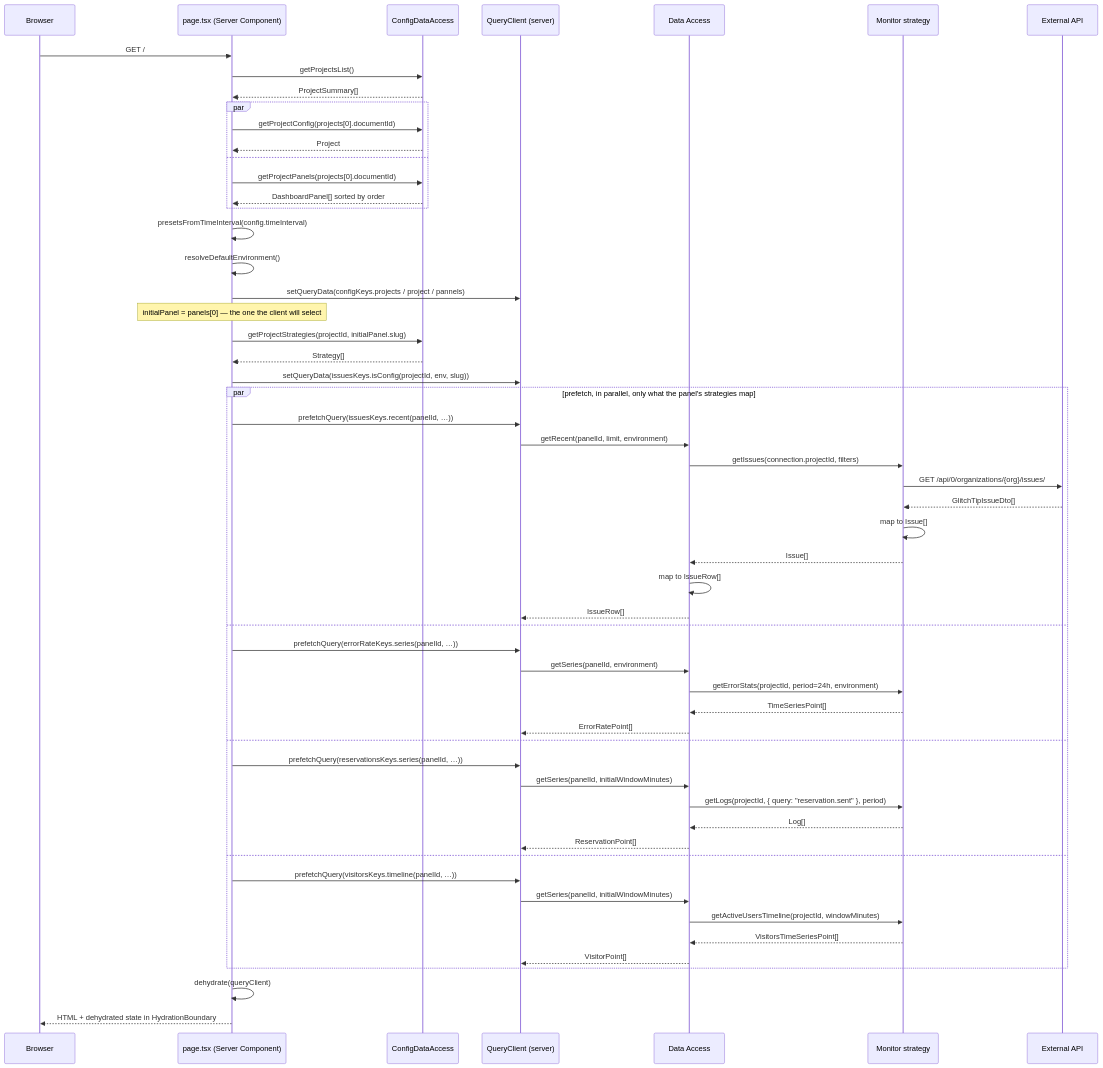
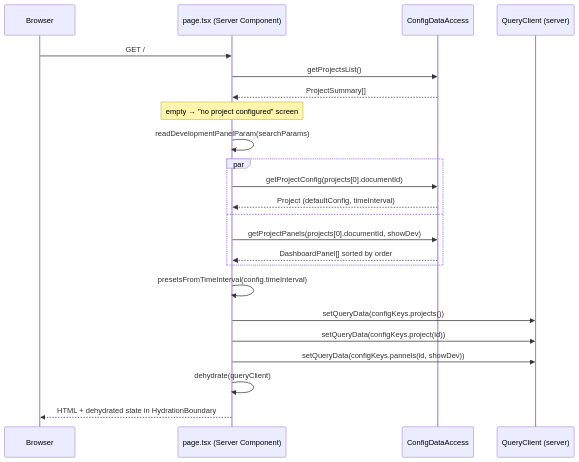
Before and after one commit to webteamuxco/dashboard-monitor: the fourth of 11 diagrams in apps/docs-site/docs/data-flow.md, drawn with Mermaid. The commit also changed other lines of this file and 10 other files, not shown here.

````diff
--- a/apps/docs-site/docs/data-flow.md
+++ b/apps/docs-site/docs/data-flow.md
@@ -94,62 +98,26 @@
 ```mermaid
 sequenceDiagram
     participant B as Browser
     participant Page as page.tsx (Server Component)
     participant Cfg as ConfigDataAccess
     participant QC as QueryClient (server)
-    participant DA as Data Access
-    participant Mon as Monitor strategy
-    participant Ext as External API
 
     B->>Page: GET /
     Page->>Cfg: getProjectsList()
     Cfg-->>Page: ProjectSummary[]
+    Note over Page: empty → "no project configured" screen
+    Page->>Page: readDevelopmentPanelParam(searchParams)
     par
         Page->>Cfg: getProjectConfig(projects[0].documentId)
-        Cfg-->>Page: Project
+        Cfg-->>Page: Project (defaultConfig, timeInterval)
     and
-        Page->>Cfg: getProjectPanels(projects[0].documentId)
+        Page->>Cfg: getProjectPanels(projects[0].documentId, showDev)
         Cfg-->>Page: DashboardPanel[] sorted by order
     end
     Page->>Page: presetsFromTimeInterval(config.timeInterval)
-    Page->>Page: resolveDefaultEnvironment()
-    Page->>QC: setQueryData(configKeys.projects / project / pannels)
-
-    Note over Page: initialPanel = panels[0] — the one the client will select
-    Page->>Cfg: getProjectStrategies(projectId, initialPanel.slug)
-    Cfg-->>Page: Strategy[]
-    Page->>QC: setQueryData(issuesKeys.isConfig(projectId, env, slug))
-
-    par prefetch, in parallel, only what the panel's strategies map
-        Page->>QC: prefetchQuery(issuesKeys.recent(panelId, …))
-        QC->>DA: getRecent(panelId, limit, environment)
-        DA->>Mon: getIssues(connection.projectId, filters)
-        Mon->>Ext: GET /api/0/organizations/{org}/issues/
-        Ext-->>Mon: GlitchTipIssueDto[]
-        Mon->>Mon: map to Issue[]
-        Mon-->>DA: Issue[]
-        DA->>DA: map to IssueRow[]
-        DA-->>QC: IssueRow[]
-    and
-        Page->>QC: prefetchQuery(errorRateKeys.series(panelId, …))
-        QC->>DA: getSeries(panelId, environment)
-        DA->>Mon: getErrorStats(projectId, period=24h, environment)
-        Mon-->>DA: TimeSeriesPoint[]
-        DA-->>QC: ErrorRatePoint[]
-    and
-        Page->>QC: prefetchQuery(reservationsKeys.series(panelId, …))
-        QC->>DA: getSeries(panelId, initialWindowMinutes)
-        DA->>Mon: getLogs(projectId, { query: "reservation.sent" }, period)
-        Mon-->>DA: Log[]
-        DA-->>QC: ReservationPoint[]
-    and
-        Page->>QC: prefetchQuery(visitorsKeys.timeline(panelId, …))
-        QC->>DA: getSeries(panelId, initialWindowMinutes)
-        DA->>Mon: getActiveUsersTimeline(projectId, windowMinutes)
-        Mon-->>DA: VisitorsTimeSeriesPoint[]
-        DA-->>QC: VisitorPoint[]
-    end
-
+    Page->>QC: setQueryData(configKeys.projects())
+    Page->>QC: setQueryData(configKeys.project(id))
+    Page->>QC: setQueryData(configKeys.pannels(id, showDev))
     Page->>Page: dehydrate(queryClient)
     Page-->>B: HTML + dehydrated state in HydrationBoundary
 ```
````
